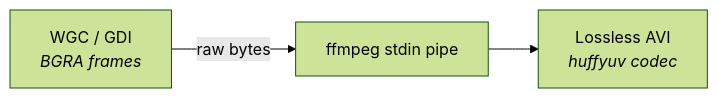
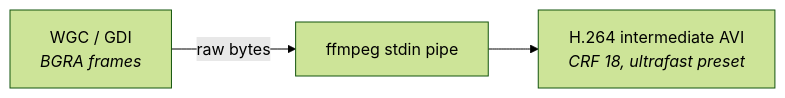
The fourth of 13 diagrams in docs/ARCHITECTURE.md (examenqa/zumly), drawn with Mermaid (forest theme) before and after one commit. The commit also changed other lines of this file and 3 other files, not shown here.

````diff
--- a/docs/ARCHITECTURE.md
+++ b/docs/ARCHITECTURE.md
@@ -142,5 +142,5 @@
 ```mermaid
 flowchart LR
     WGC["WGC / GDI<br/><i>BGRA frames</i>"] -->|raw bytes| PIPE["ffmpeg stdin pipe"]
-    PIPE --> AVI["Lossless AVI<br/><i>huffyuv codec</i>"]
+    PIPE --> AVI["H.264 intermediate AVI<br/><i>CRF 18, ultrafast preset</i>"]
 ```
````
